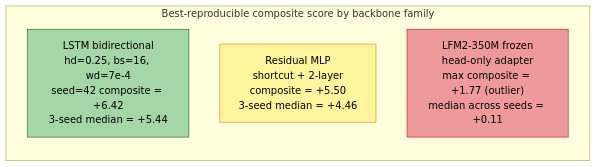
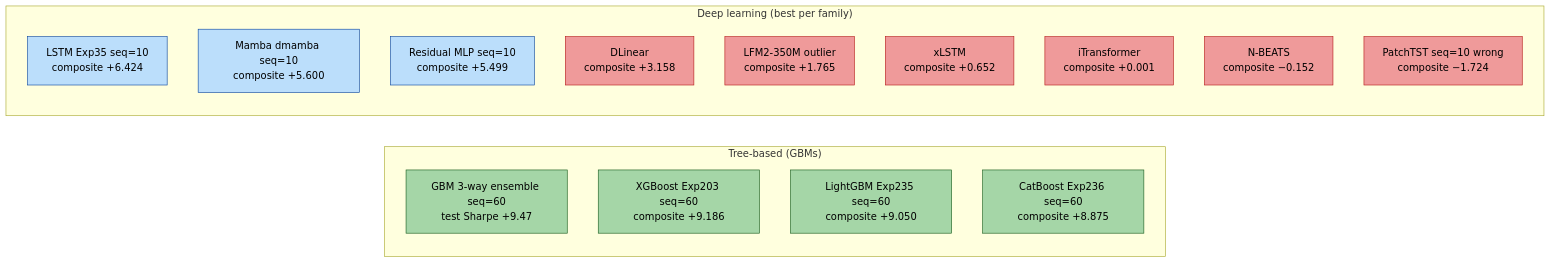
The seventh of 8 diagrams in autoresearch/autoresearch_results/medium_article.md (dlmastery/autoresearch), drawn with Mermaid before and after one commit. The commit also changed other lines of this file and 4 other files, not shown here.

First line of the commit message:
Medium v4 (11609 words) + Paper v2 (12202 words): GBM champion + ensemble findings

````diff
--- a/autoresearch/autoresearch_results/medium_article.md
+++ b/autoresearch/autoresearch_results/medium_article.md
@@ -499,15 +436,29 @@
 ```mermaid
 flowchart LR
-    subgraph Composite["Best-reproducible composite score by backbone family"]
-        L["LSTM bidirectional<br/>hd=0.25, bs=16, wd=7e-4<br/>seed=42 composite = +6.42<br/>3-seed median = +5.44"]
-        M["Residual MLP<br/>shortcut + 2-layer<br/>composite = +5.50<br/>3-seed median = +4.46"]
-        F["LFM2-350M frozen<br/>head-only adapter<br/>max composite = +1.77 (outlier)<br/>median across seeds = +0.11"]
+    subgraph TREES["Tree-based (GBMs)"]
+        direction TB
+        T1["GBM 3-way ensemble seq=60<br/>test Sharpe +9.47"]
+        T2["XGBoost Exp203 seq=60<br/>composite +9.186"]
+        T3["LightGBM Exp235 seq=60<br/>composite +9.050"]
+        T4["CatBoost Exp236 seq=60<br/>composite +8.875"]
+    end
+    subgraph DL["Deep learning (best per family)"]
+        direction TB
+        D5["LSTM Exp35 seq=10<br/>composite +6.424"]
+        D6["Mamba dmamba seq=10<br/>composite +5.600"]
+        D7["Residual MLP seq=10<br/>composite +5.499"]
+        D8["DLinear<br/>composite +3.158"]
+        D9["LFM2-350M outlier<br/>composite +1.765"]
+        D10["xLSTM<br/>composite +0.652"]
+        D11["iTransformer<br/>composite +0.001"]
+        D12["N-BEATS<br/>composite −0.152"]
+        D13["PatchTST seq=10 wrong<br/>composite −1.724"]
     end
 
-    classDef champ fill:#a5d6a7,stroke:#1b5e20,color:#000
-    classDef strong fill:#fff59d,stroke:#f57f17,color:#000
+    classDef gbm fill:#a5d6a7,stroke:#1b5e20,color:#000
+    classDef strong fill:#bbdefb,stroke:#0d47a1,color:#000
     classDef weak fill:#ef9a9a,stroke:#b71c1c,color:#000
-    class L champ
-    class M strong
-    class F weak
+    class T1,T2,T3,T4 gbm
+    class D5,D6,D7 strong
+    class D8,D9,D10,D11,D12,D13 weak
 ```
````
